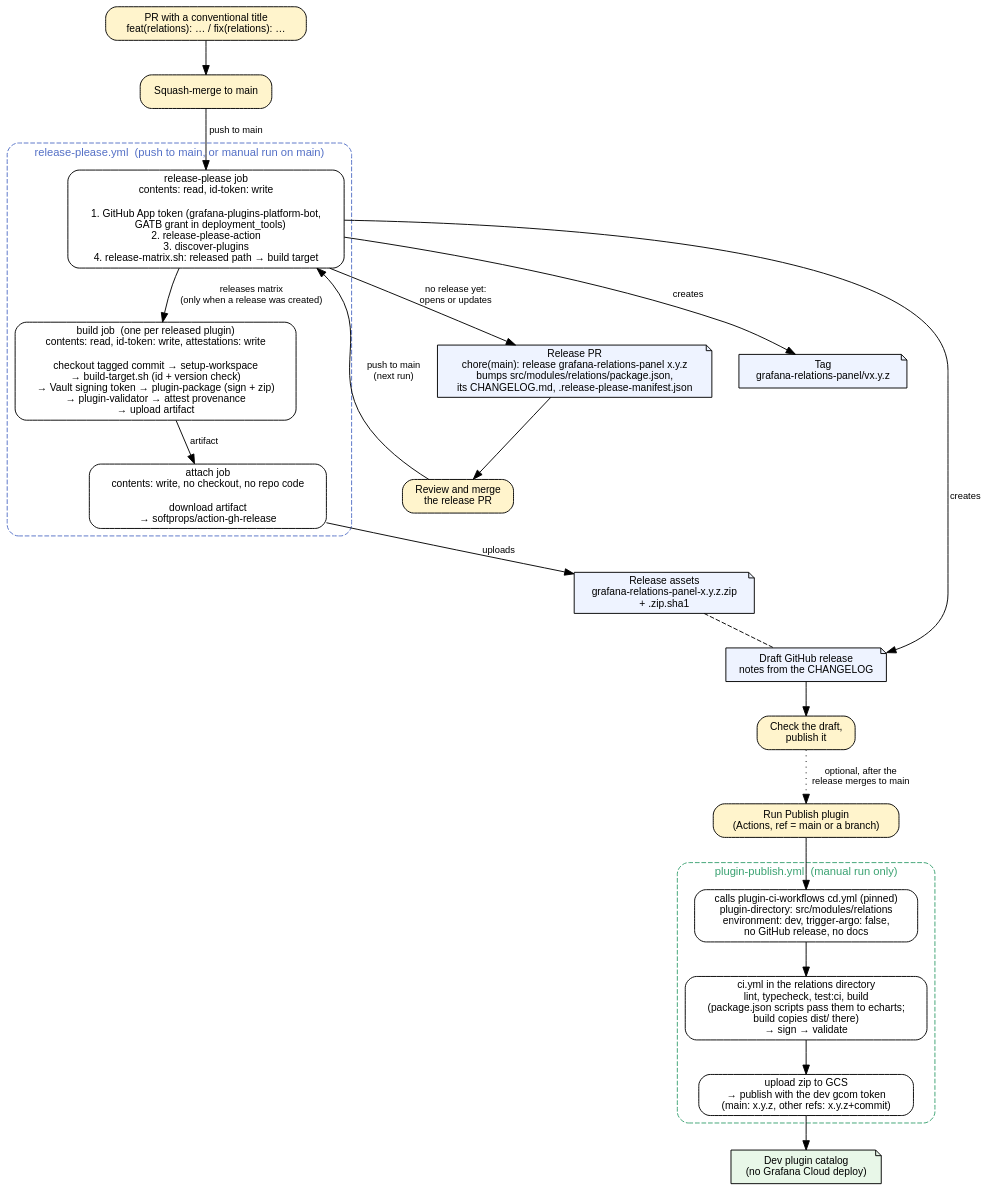
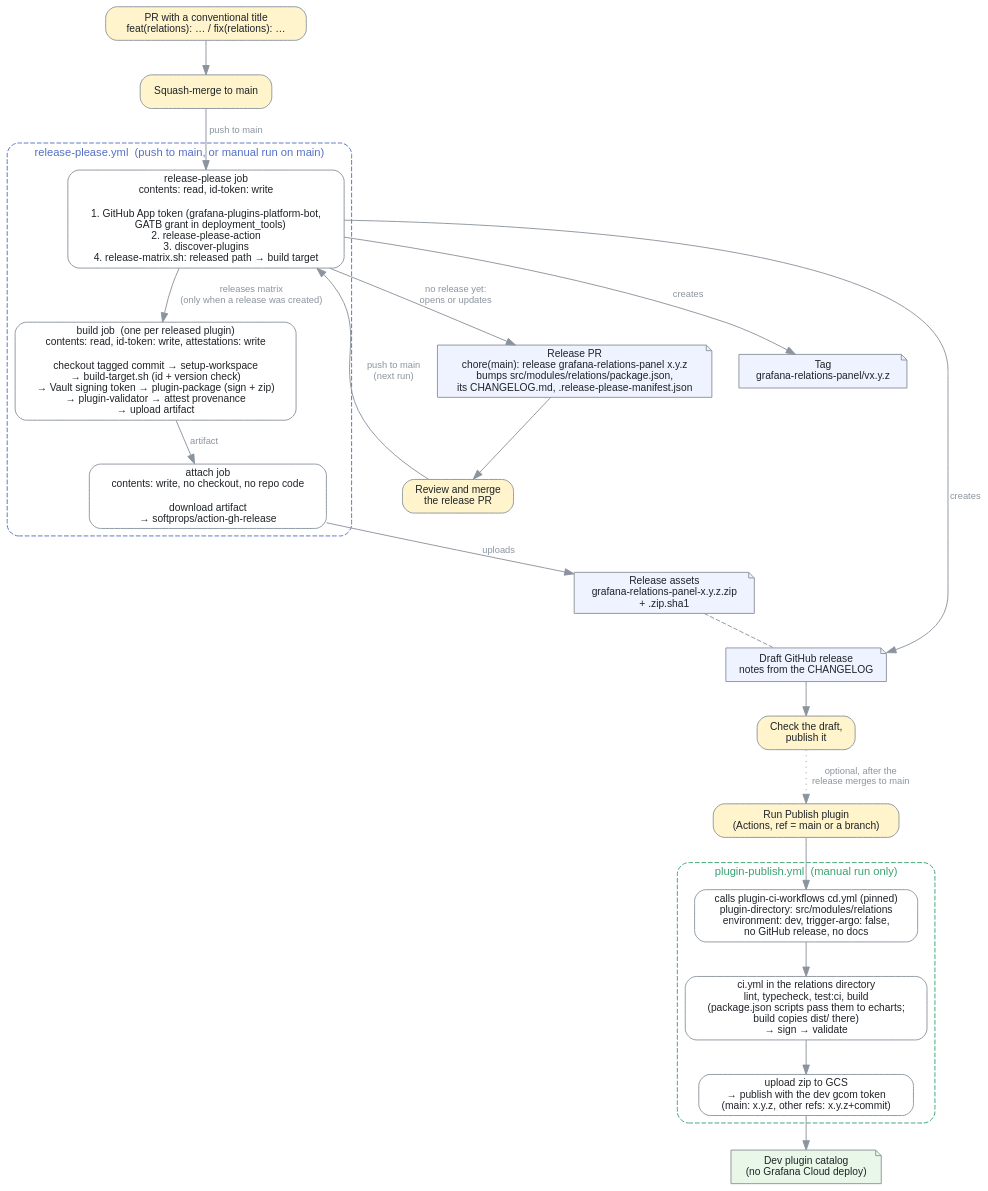
The diagram in .github/actions/release-flow.dot (grafana/dataViz), drawn with Graphviz before and after one commit. The commit also changed 2 other files, not shown here.

Commit message:
docs(CI): release diagram reads on light and dark themes

```diff
--- a/.github/actions/release-flow.dot
+++ b/.github/actions/release-flow.dot
@@ -1,69 +1,71 @@
 // How grafana-relations-panel is released and published to dev.
 // Source for release-flow.svg and release-flow.png, shown in RELEASES.md.
 // After editing, from this directory:
 //   dot -Tsvg release-flow.dot -o release-flow.svg && dot -Tpng release-flow.dot -o release-flow.png
 digraph release_flow {
   graph [rankdir=TB, bgcolor="transparent", fontname="Helvetica", fontsize=12, nodesep=0.4, ranksep=0.5, compound=true];
-  node  [fontname="Helvetica", fontsize=11, shape=box, style="rounded,filled", fillcolor="#ffffff"];
-  edge  [fontname="Helvetica", fontsize=10];
+  // Mid-gray lines and edge labels read on both light and dark page backgrounds;
+  // node text stays dark on the filled boxes.
+  node  [fontname="Helvetica", fontsize=11, shape=box, style="rounded,filled", fillcolor="#ffffff", color="#8b949e", fontcolor="#1f2328"];
+  edge  [fontname="Helvetica", fontsize=10, color="#8b949e", fontcolor="#8b949e"];
 
   // People and their actions
   node [shape=box, style="rounded,filled", fillcolor="#fff4cc"];
   dev_pr        [label="PR with a conventional title\nfeat(relations): … / fix(relations): …"];
   merge_pr      [label="Squash-merge to main"];
   merge_release [label="Review and merge\nthe release PR"];
   publish_draft [label="Check the draft,\npublish it"];
   dispatch      [label="Run Publish plugin\n(Actions, ref = main or a branch)"];
 
   // GitHub objects
   node [shape=note, style="filled", fillcolor="#eef3ff"];
   release_pr [label="Release PR\nchore(main): release grafana-relations-panel x.y.z\nbumps src/modules/relations/package.json,\nits CHANGELOG.md, .release-please-manifest.json"];
   tag        [label="Tag\ngrafana-relations-panel/vx.y.z"];
   draft      [label="Draft GitHub release\nnotes from the CHANGELOG"];
   assets     [label="Release assets\ngrafana-relations-panel-x.y.z.zip\n+ .zip.sha1"];
   catalog    [label="Dev plugin catalog\n(no Grafana Cloud deploy)", fillcolor="#e8f7e8"];
 
   // release-please.yml
   subgraph cluster_release {
     label="release-please.yml  (push to main, or manual run on main)";
     style="rounded,dashed"; color="#5470c6"; fontcolor="#5470c6";
     node [shape=box, style="rounded,filled", fillcolor="#ffffff"];
 
     rp_job [label="release-please job\ncontents: read, id-token: write\n\n1. GitHub App token (grafana-plugins-platform-bot,\n    GATB grant in deployment_tools)\n2. release-please-action\n3. discover-plugins\n4. release-matrix.sh: released path → build target"];
     build_job [label="build job  (one per released plugin)\ncontents: read, id-token: write, attestations: write\n\ncheckout tagged commit → setup-workspace\n→ build-target.sh (id + version check)\n→ Vault signing token → plugin-package (sign + zip)\n→ plugin-validator → attest provenance\n→ upload artifact"];
     attach_job [label="attach job\ncontents: write, no checkout, no repo code\n\ndownload artifact\n→ softprops/action-gh-release"];
 
     rp_job -> build_job [label="releases matrix\n(only when a release was created)"];
     build_job -> attach_job [label="artifact"];
   }
 
   // plugin-publish.yml
   subgraph cluster_publish {
     label="plugin-publish.yml  (manual run only)";
     style="rounded,dashed"; color="#3ba272"; fontcolor="#3ba272";
     node [shape=box, style="rounded,filled", fillcolor="#ffffff"];
 
     cd_call [label="calls plugin-ci-workflows cd.yml (pinned)\nplugin-directory: src/modules/relations\nenvironment: dev, trigger-argo: false,\nno GitHub release, no docs"];
     cd_ci [label="ci.yml in the relations directory\nlint, typecheck, test:ci, build\n(package.json scripts pass them to echarts;\nbuild copies dist/ there)\n→ sign → validate"];
     cd_publish [label="upload zip to GCS\n→ publish with the dev gcom token\n(main: x.y.z, other refs: x.y.z+commit)"];
 
     cd_call -> cd_ci -> cd_publish;
   }
 
   // Release flow
   dev_pr -> merge_pr;
   merge_pr -> rp_job [label="push to main"];
   rp_job -> release_pr [label="no release yet:\nopens or updates"];
   release_pr -> merge_release;
   merge_release -> rp_job [label="push to main\n(next run)"];
   rp_job -> tag [label="creates"];
   rp_job -> draft [label="creates"];
   attach_job -> assets [label="uploads"];
   assets -> draft [style=dashed, arrowhead=none];
   draft -> publish_draft;
 
   // Dev publish flow
   dispatch -> cd_call;
   cd_publish -> catalog;
   publish_draft -> dispatch [style=dotted, label="optional, after the\nrelease merges to main"];
 }
```
